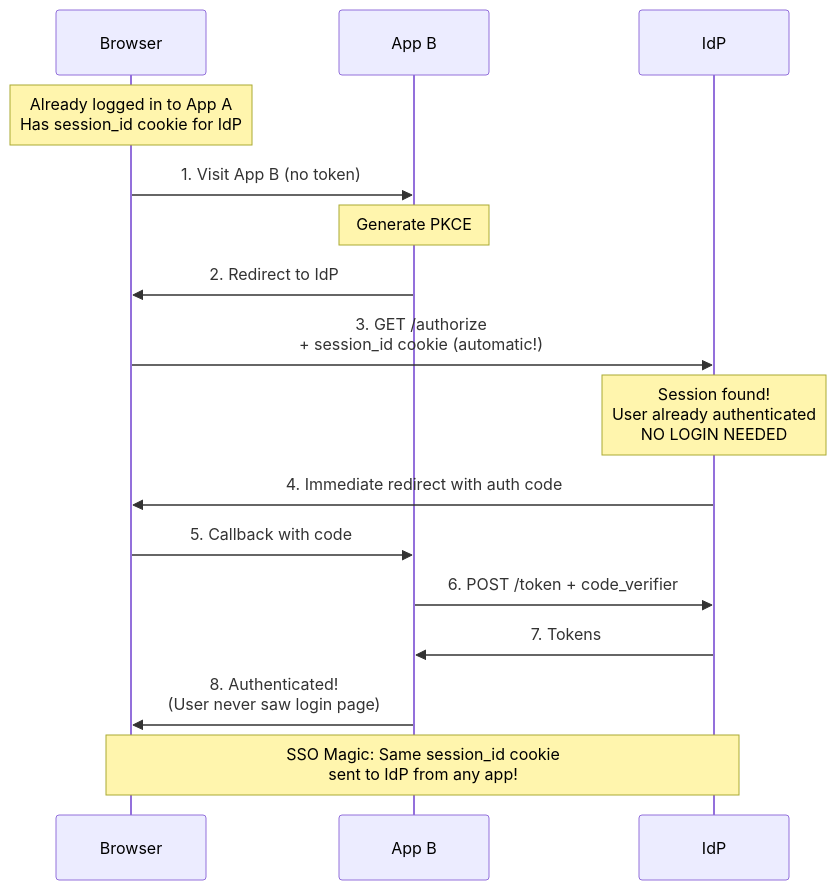
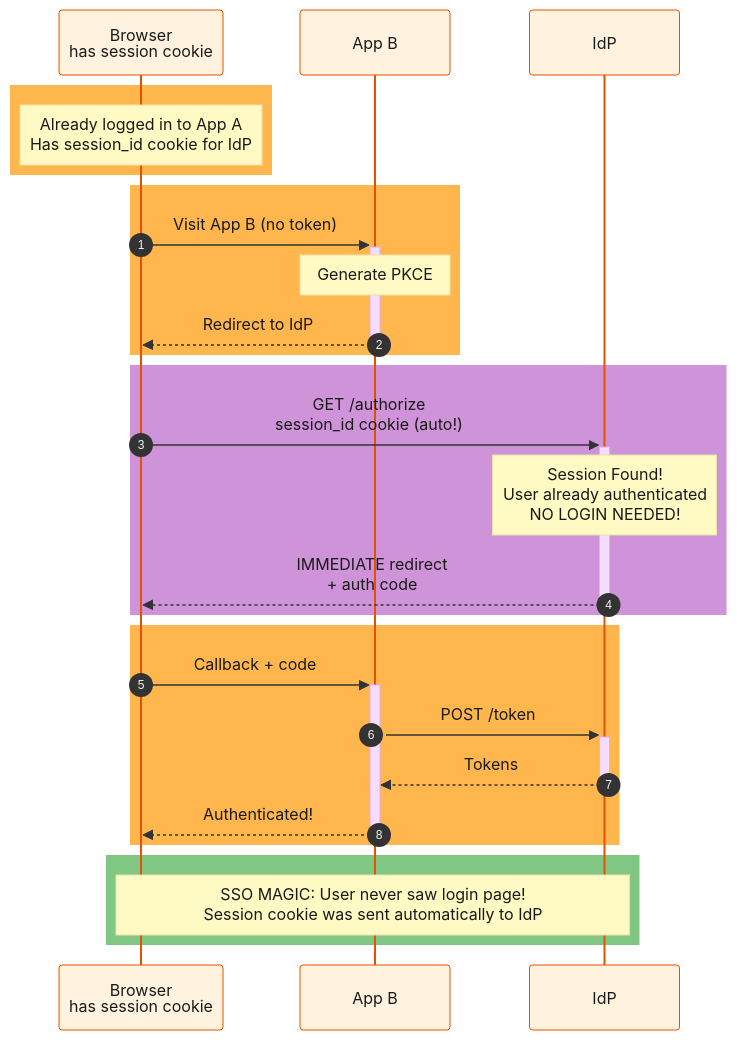
The third of 10 diagrams in docs/diagrams/DIAGRAMS_MERMAID.md (ioannis-psomadelis/sso-app), drawn with Mermaid before and after one commit. The commit also changed other lines of this file, not shown here.

First line of the commit message:
Improve Mermaid diagrams readability

````diff
--- a/docs/diagrams/DIAGRAMS_MERMAID.md
+++ b/docs/diagrams/DIAGRAMS_MERMAID.md
@@ -87,25 +90,38 @@
 ```mermaid
+%%{init: {'theme': 'base', 'themeVariables': { 'actorTextColor': '#1a1a1a', 'signalTextColor': '#1a1a1a', 'noteTextColor': '#1a1a1a', 'noteBkgColor': '#fff9c4', 'actorBkg': '#fff3e0', 'actorBorder': '#e65100' }}}%%
 sequenceDiagram
-    participant U as Browser
+    autonumber
+
+    participant U as Browser<br/>has session cookie
     participant B as App B
     participant IDP as IdP
 
-    Note over U: Already logged in to App A<br/>Has session_id cookie for IdP
+    rect rgb(255, 183, 77)
+        Note over U: Already logged in to App A<br/>Has session_id cookie for IdP
+    end
 
-    U->>B: 1. Visit App B (no token)
+    rect rgb(255, 183, 77)
+        U->>+B: Visit App B (no token)
+        Note over B: Generate PKCE
+        B-->>-U: Redirect to IdP
+    end
 
-    Note over B: Generate PKCE
+    rect rgb(206, 147, 216)
+        U->>+IDP: GET /authorize<br/>session_id cookie (auto!)
 
-    B->>U: 2. Redirect to IdP
-    U->>IDP: 3. GET /authorize<br/>+ session_id cookie (automatic!)
+        Note over IDP: Session Found!<br/>User already authenticated<br/>NO LOGIN NEEDED!
 
-    Note over IDP: Session found!<br/>User already authenticated<br/>NO LOGIN NEEDED
+        IDP-->>-U: IMMEDIATE redirect<br/>+ auth code
+    end
 
-    IDP->>U: 4. Immediate redirect with auth code
-    U->>B: 5. Callback with code
-    B->>IDP: 6. POST /token + code_verifier
-    IDP->>B: 7. Tokens
-    B->>U: 8. Authenticated!<br/>(User never saw login page)
+    rect rgb(255, 183, 77)
+        U->>+B: Callback + code
+        B->>+IDP: POST /token
+        IDP-->>-B: Tokens
+        B-->>-U: Authenticated!
+    end
 
-    Note over U,IDP: SSO Magic: Same session_id cookie<br/>sent to IdP from any app!
+    rect rgb(129, 199, 132)
+        Note over U,IDP: SSO MAGIC: User never saw login page!<br/>Session cookie was sent automatically to IdP
+    end
 ```
````
